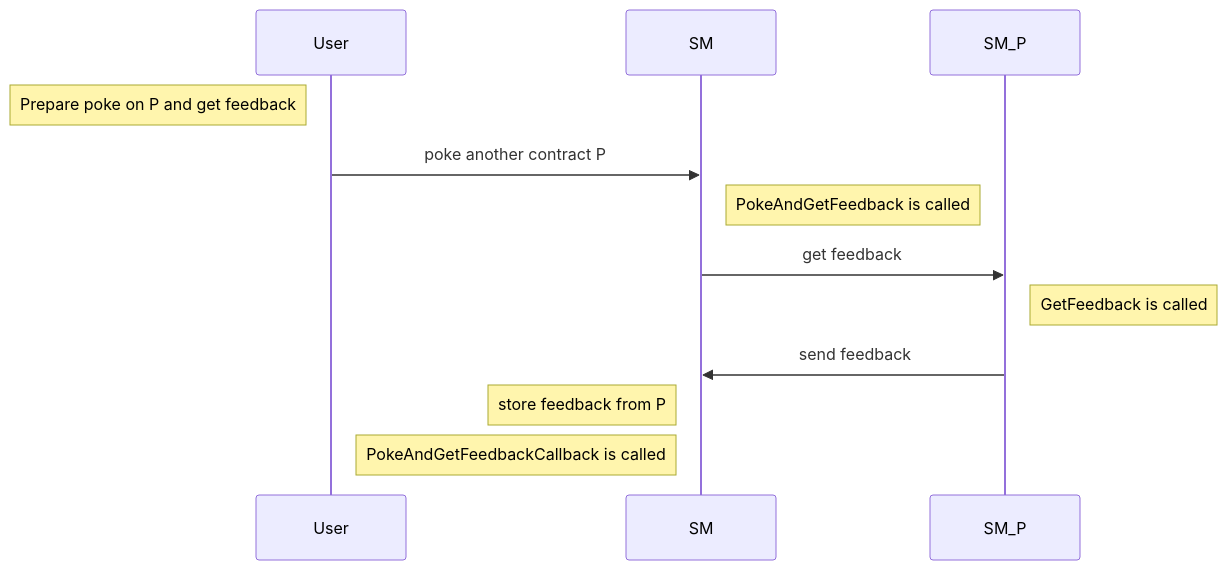
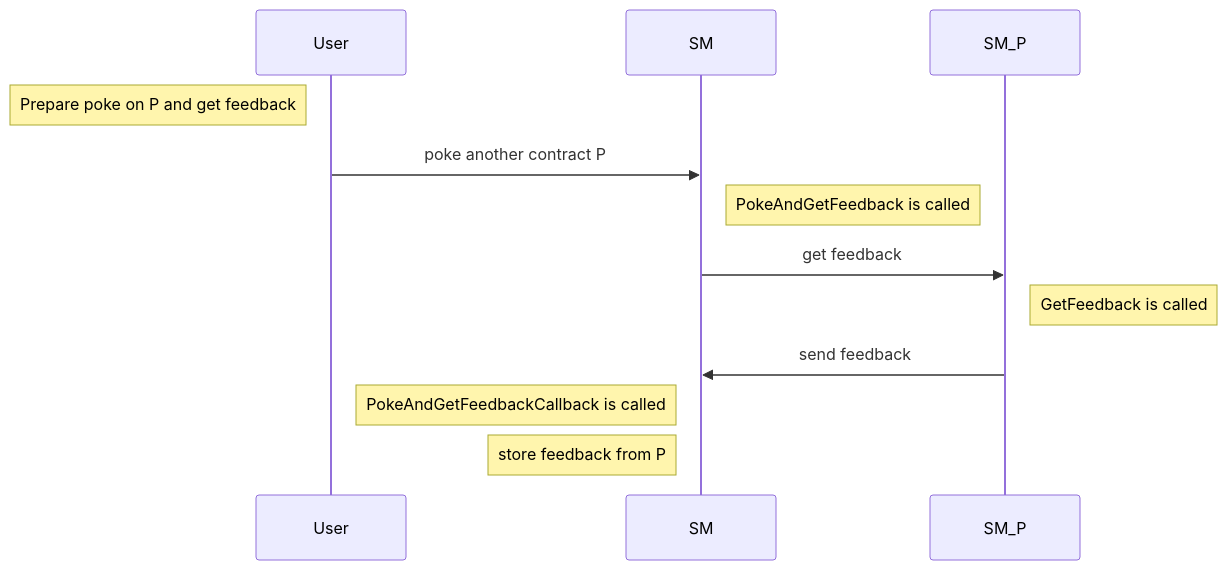
Before and after one commit to marigold-dev/training-dapp-2: the third of 4 diagrams in README.md, drawn with Mermaid. The commit also changed other lines of this file, not shown here.

````diff
--- a/README.md
+++ b/README.md
@@ -365,11 +365,11 @@
 ```mermaid
 sequenceDiagram
   Note left of User: Prepare poke on P and get feedback
   User->>SM: poke another contract P
   Note right of SM: PokeAndGetFeedback is called
   SM->>SM_P : get feedback
   Note right of SM_P: GetFeedback is called
   SM_P->>SM : send feedback
+  Note left of SM: PokeAndGetFeedbackCallback is called
   Note left of SM: store feedback from P
-  Note left of SM: PokeAndGetFeedbackCallback is called
 ```
````
